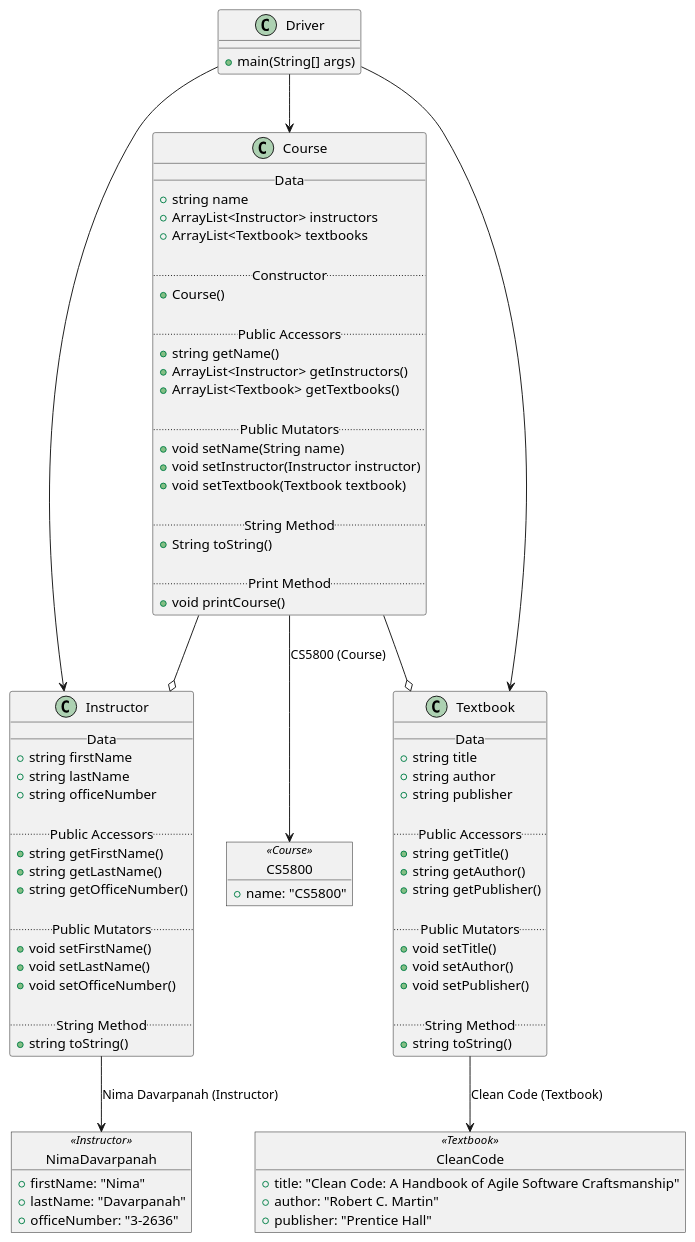
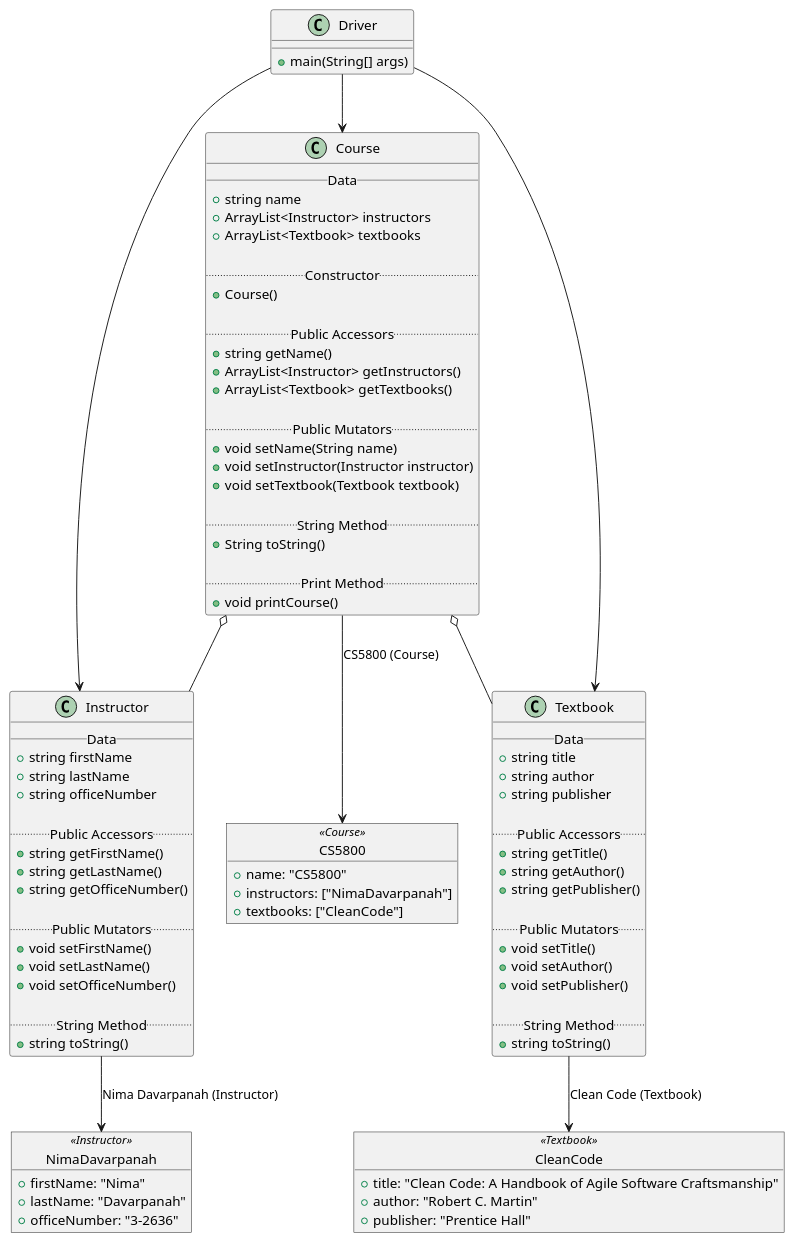
Before and after one commit to stephaniePocci/PlantUML: the diagram in src/Course.puml, drawn with PlantUML. The commit also changed 1 other file, not shown here.

Commit message:
Added file system uml diagram and populated with objects

```diff
--- a/src/Course.puml
+++ b/src/Course.puml
@@ -1,101 +1,103 @@
 @startuml
 'https://plantuml.com/class-diagram
 
 class Instructor {
     __Data__
     + string firstName
     + string lastName
     + string officeNumber
 
     ..Public Accessors..
     + string getFirstName()
     + string getLastName()
     + string getOfficeNumber()
 
     ..Public Mutators..
     + void setFirstName()
     + void setLastName()
     + void setOfficeNumber()
 
     ..String Method..
     + string toString()
 }
 
 class Textbook {
     __Data__
     + string title
     + string author
     + string publisher
 
     ..Public Accessors..
     + string getTitle()
     + string getAuthor()
     + string getPublisher()
 
     ..Public Mutators..
     + void setTitle()
     + void setAuthor()
     + void setPublisher()
 
     ..String Method..
     + string toString()
 }
 
 class Course {
     __Data__
     + string name
     + ArrayList<Instructor> instructors
     + ArrayList<Textbook> textbooks
 
     ..Constructor..
     + Course()
 
     ..Public Accessors..
     + string getName()
     + ArrayList<Instructor> getInstructors()
     + ArrayList<Textbook> getTextbooks()
 
     ..Public Mutators..
     + void setName(String name)
     + void setInstructor(Instructor instructor)
     + void setTextbook(Textbook textbook)
 
     ..String Method..
     + String toString()
 
     ..Print Method..
     + void printCourse()
 }
 
 class Driver {
     + main(String[] args)
 }
 
 object CS5800 <<Course>> {
     + name: "CS5800"
+    + instructors: ["NimaDavarpanah"]
+    + textbooks: ["CleanCode"]
 }
 
 object NimaDavarpanah <<Instructor>> {
     + firstName: "Nima"
     + lastName: "Davarpanah"
     + officeNumber: "3-2636"
 }
 
 object CleanCode <<Textbook>> {
     + title: "Clean Code: A Handbook of Agile Software Craftsmanship"
     + author: "Robert C. Martin"
     + publisher: "Prentice Hall"
 }
 
 Driver --> Course
 Driver --> Instructor
 Driver --> Textbook
 
-Course --o Instructor
-Course --o Textbook
+Course o-- Instructor
+Course o-- Textbook
 
 Instructor --> NimaDavarpanah: Nima Davarpanah (Instructor)
 Textbook --> CleanCode: Clean Code (Textbook)
 Course --> CS5800: CS5800 (Course)
 
 @enduml
```
